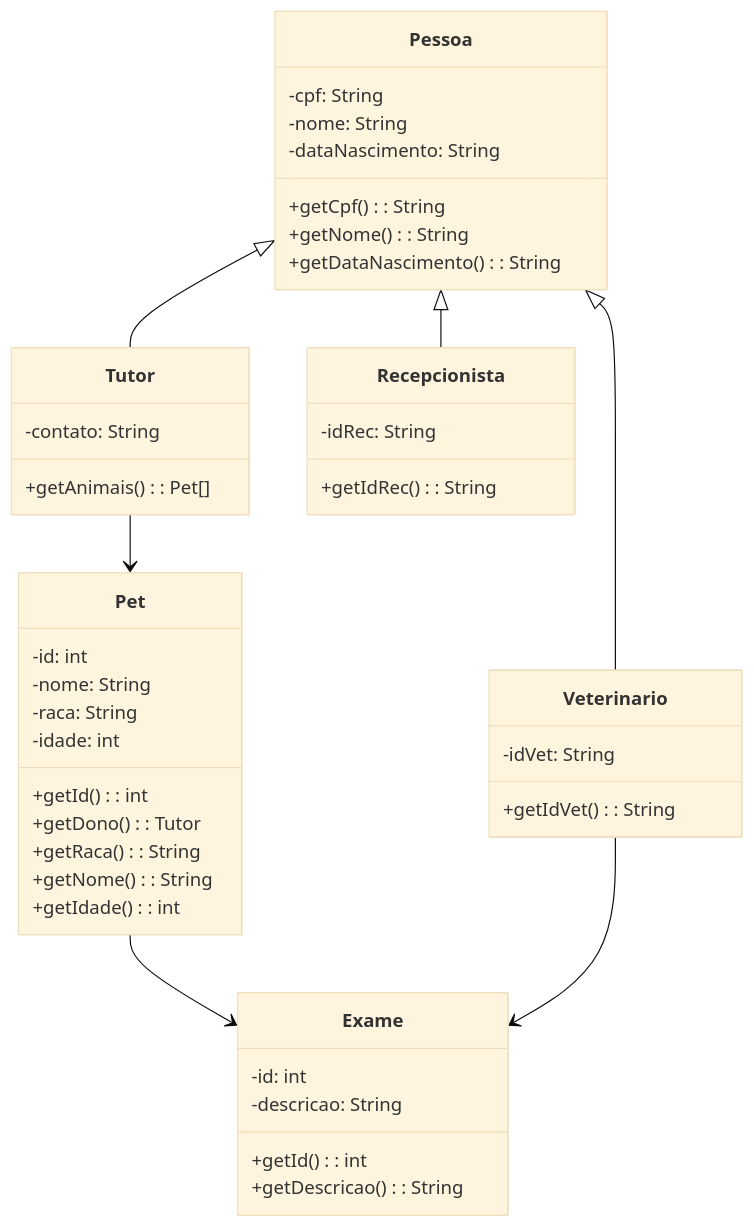
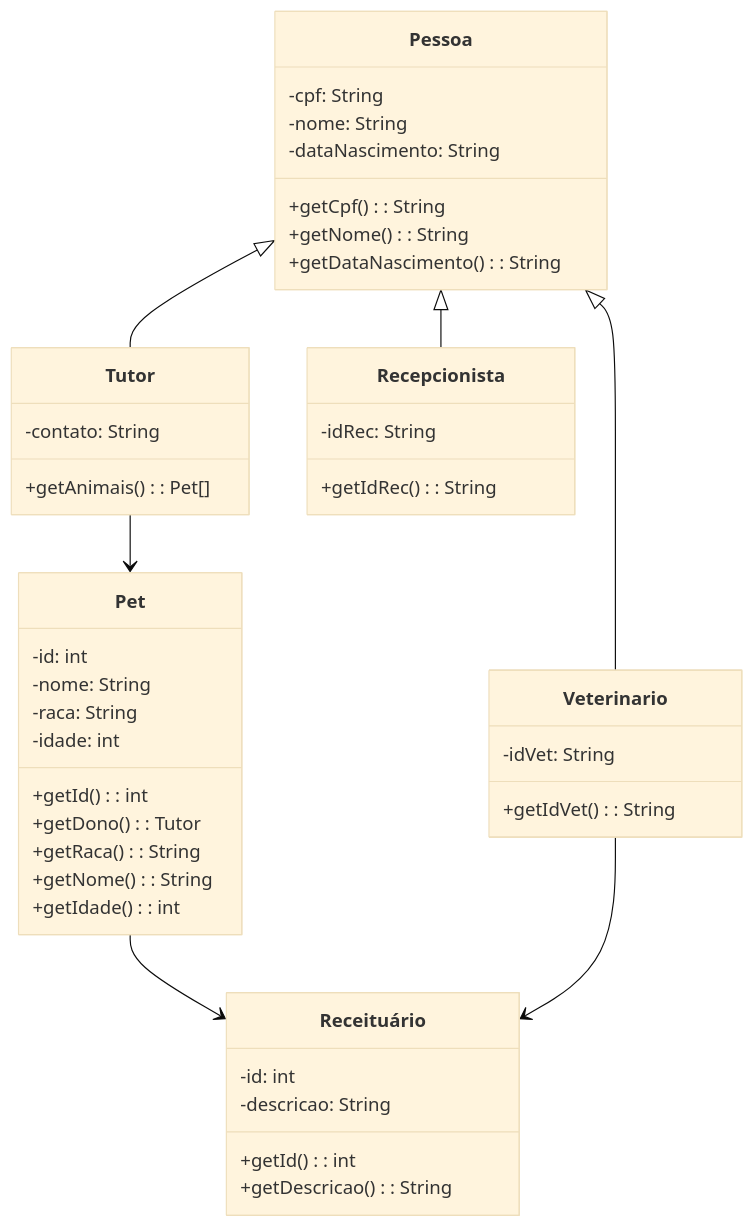
One commit to triggerww/clinica-veterinaria changed the second of 2 diagrams in README.md. Above: the diagram before and after it, drawn with Mermaid (base theme).

Commit message:
Rename Exame class to Receituário and update references

````diff
--- a/README.md
+++ b/README.md
@@ -37,53 +37,53 @@
 ```mermaid
 classDiagram
     Pessoa <|-- Tutor
     Pessoa <|-- Veterinario
     Pessoa <|-- Recepcionista
 
     class Pessoa {
         -cpf: String
         -nome: String
         -dataNascimento: String
         +getCpf(): String
         +getNome(): String
         +getDataNascimento(): String
     }
 
     class Tutor {
         -contato: String
         +getAnimais(): Pet[]
     }
 
     class Veterinario {
         -idVet: String
         +getIdVet(): String
     }
 
     class Recepcionista {
         -idRec: String
         +getIdRec(): String
     }
 
     class Pet {
         -id: int
         -nome: String
         -raca: String
         -idade: int
         +getId(): int
         +getDono(): Tutor
         +getRaca(): String
         +getNome(): String
         +getIdade(): int
     }
 
-    class Exame {
+    class Receituário {
         -id: int
         -descricao: String
         +getId(): int
         +getDescricao(): String
     }
 
     Tutor --> Pet
-    Pet --> Exame
-    Veterinario --> Exame
+    Pet --> Receituário
+    Veterinario --> Receituário
 ```
````
